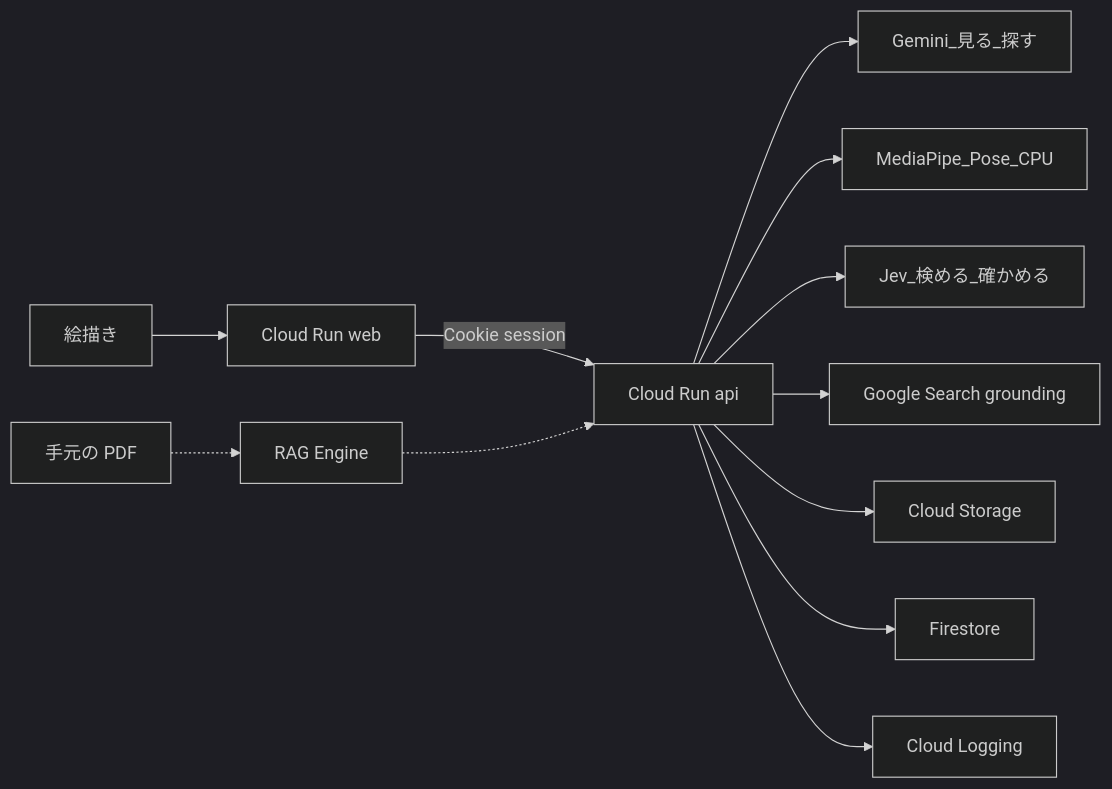
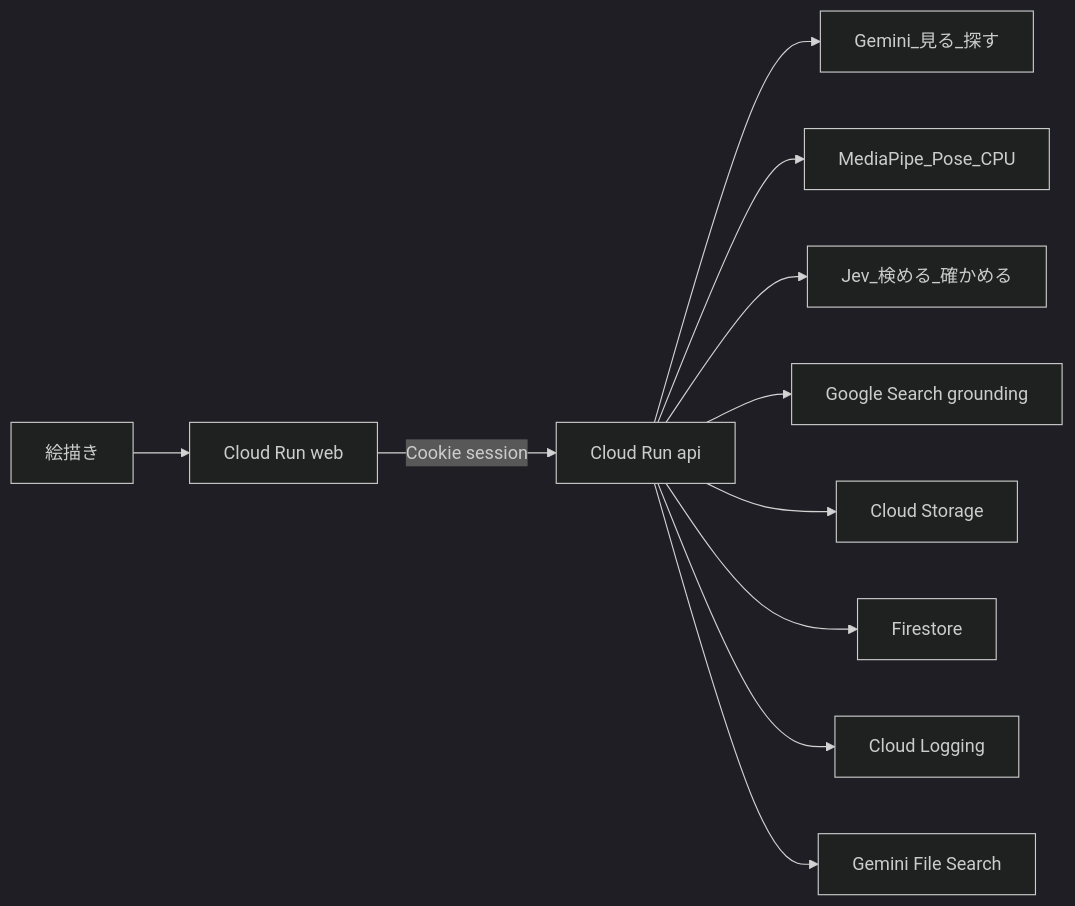
The first of 2 diagrams in docs/architecture.md (neko-rr/20261015-zen-hackathon), drawn with Mermaid (dark theme) before and after one commit. The commit also changed other lines of this file and 146 other files, not shown here.

````diff
--- a/docs/architecture.md
+++ b/docs/architecture.md
@@ -41,14 +45,13 @@
 ```mermaid
 flowchart LR
   user[絵描き] --> web[Cloud Run web]
   web -->|"Cookie session"| api[Cloud Run api]
   api --> gemini[Gemini_見る_探す]
   api --> pose[MediaPipe_Pose_CPU]
   api --> jev[Jev_検める_確かめる]
   api --> search[Google Search grounding]
   api --> gcs[Cloud Storage]
   api --> fs[Firestore]
   api --> log[Cloud Logging]
-  pdf[手元の PDF] -.-> rag[RAG Engine]
-  rag -.-> api
+  api --> filesearch[Gemini File Search]
 ```
````
